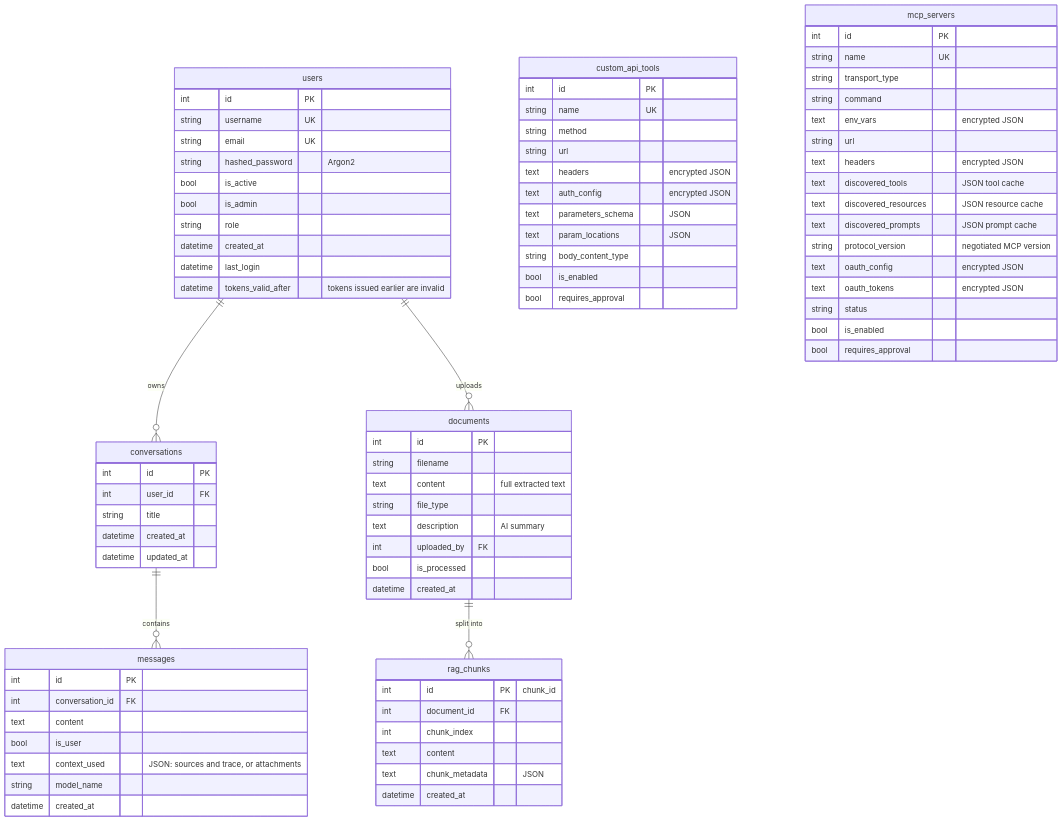
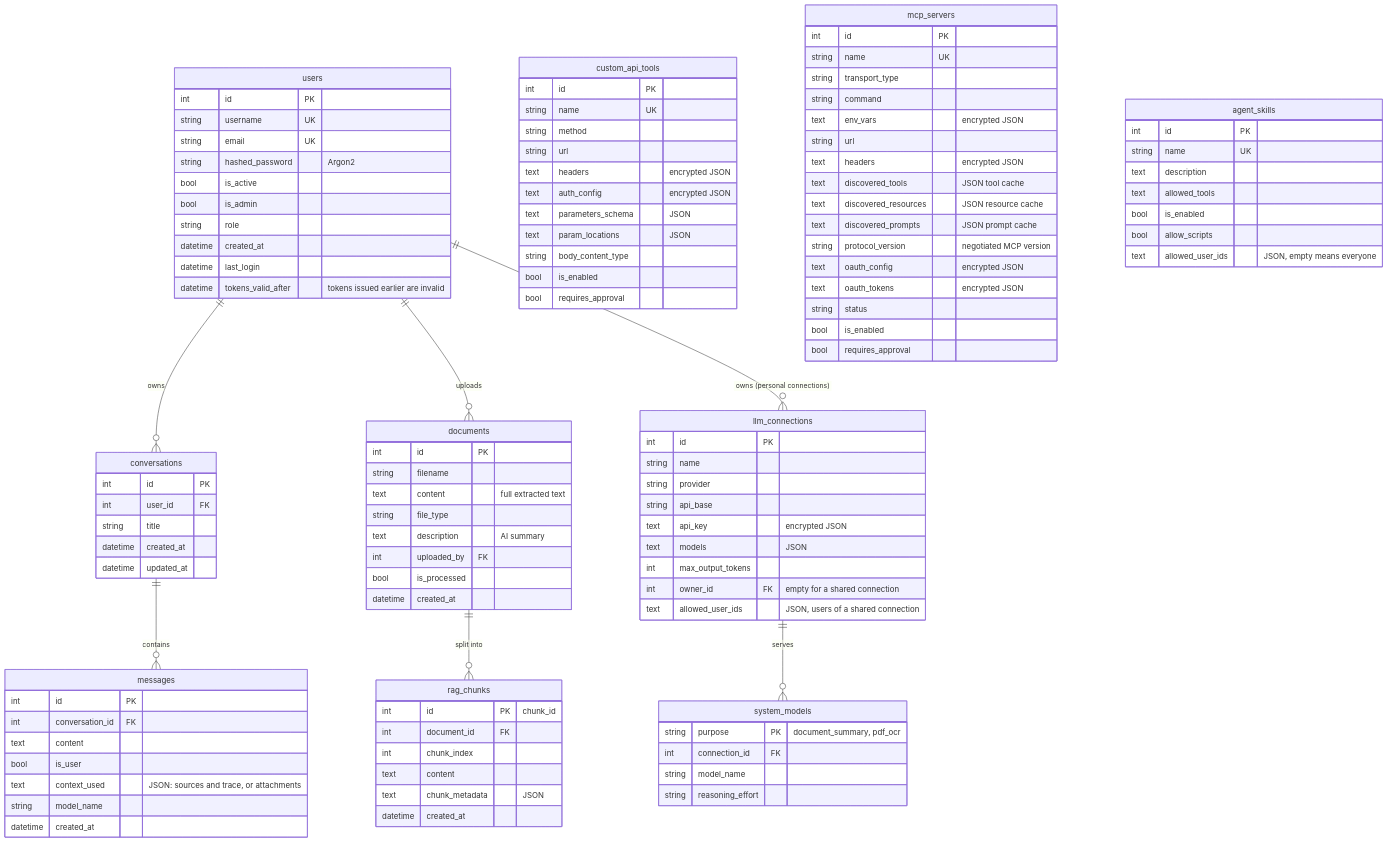
The third of 9 diagrams in docs/architecture_en.md (Scorpio-meow/AskMiao), drawn with Mermaid before and after one commit. The commit also changed other lines of this file and 336 other files, not shown here.

````diff
--- a/docs/architecture_en.md
+++ b/docs/architecture_en.md
@@ -146,6 +158,8 @@
     conversations ||--o{ messages : "contains"
     users ||--o{ documents : "uploads"
     documents ||--o{ rag_chunks : "split into"
+    users ||--o{ llm_connections : "owns (personal connections)"
+    llm_connections ||--o{ system_models : "serves"
 
     users {
         int id PK
@@ -224,4 +238,30 @@
         bool is_enabled
         bool requires_approval
     }
+    agent_skills {
+        int id PK
+        string name UK
+        text description
+        text allowed_tools
+        bool is_enabled
+        bool allow_scripts
+        text allowed_user_ids "JSON, empty means everyone"
+    }
+    llm_connections {
+        int id PK
+        string name
+        string provider
+        string api_base
+        text api_key "encrypted JSON"
+        text models "JSON"
+        int max_output_tokens
+        int owner_id FK "empty for a shared connection"
+        text allowed_user_ids "JSON, users of a shared connection"
+    }
+    system_models {
+        string purpose PK "document_summary, pdf_ocr"
+        int connection_id FK
+        string model_name
+        string reasoning_effort
+    }
 ```
````
